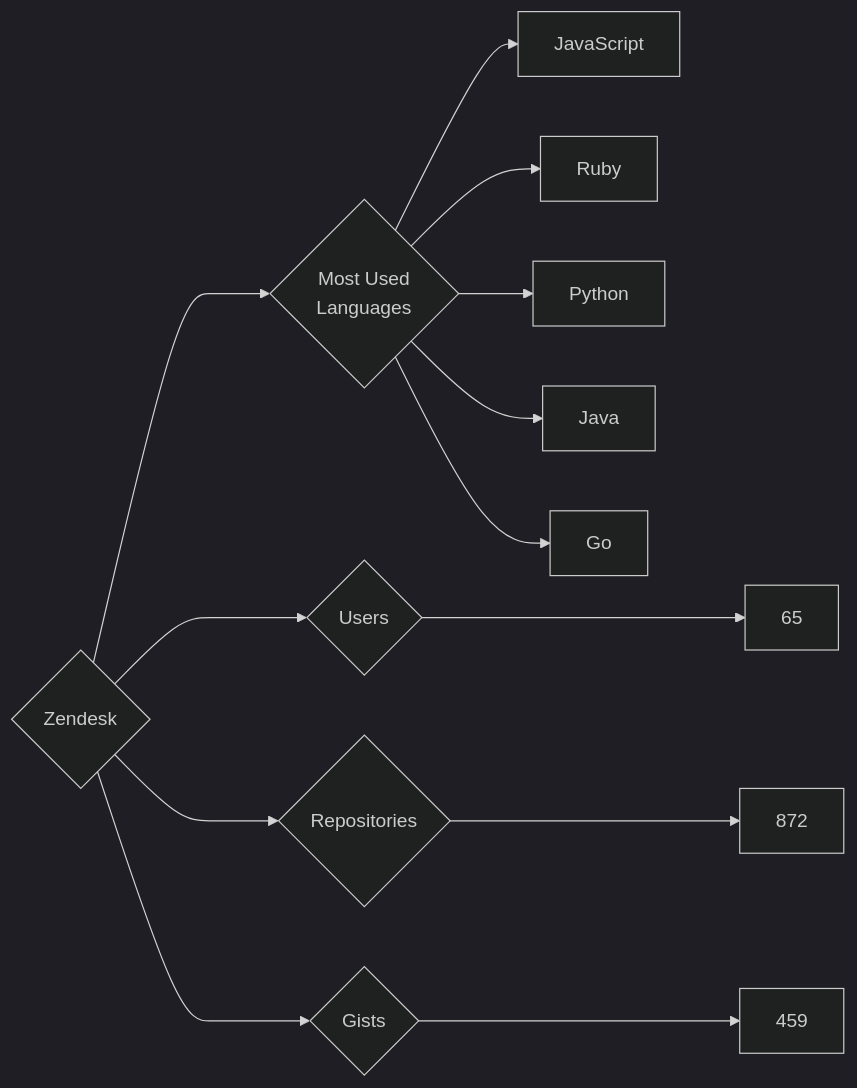
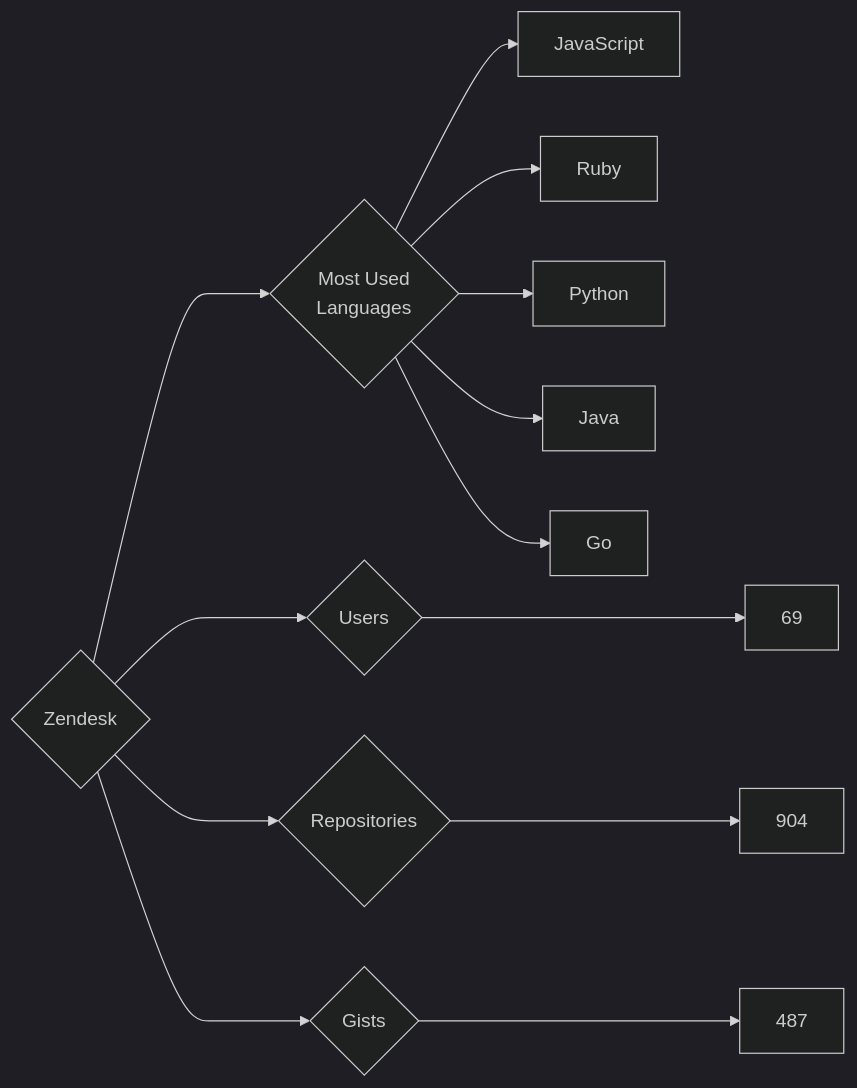
The diagram in targets/Zendesk/README.md (trickest/insiders), drawn with Mermaid (dark theme) before and after one commit. The commit also changed 878 other files, not shown here.

````diff
--- a/targets/Zendesk/README.md
+++ b/targets/Zendesk/README.md
@@ -3,13 +3,13 @@
 ```mermaid
 graph LR
 COMPANY_NAME{Zendesk}
-COMPANY_NAME ---> U{Users} ---> UN[65]
-COMPANY_NAME ---> R{Repositories} ---> RN[872]
-COMPANY_NAME ---> G{Gists} ---> GN[459]
+COMPANY_NAME ---> U{Users} ---> UN[69]
+COMPANY_NAME ---> R{Repositories} ---> RN[904]
+COMPANY_NAME ---> G{Gists} ---> GN[487]
 COMPANY_NAME ---> ML{Most Used<br>Languages}
 ML --> JavaScript[JavaScript]
 ML --> Ruby[Ruby]
 ML --> Python[Python]
 ML --> Java[Java]
 ML --> Go[Go]
 ```
````
